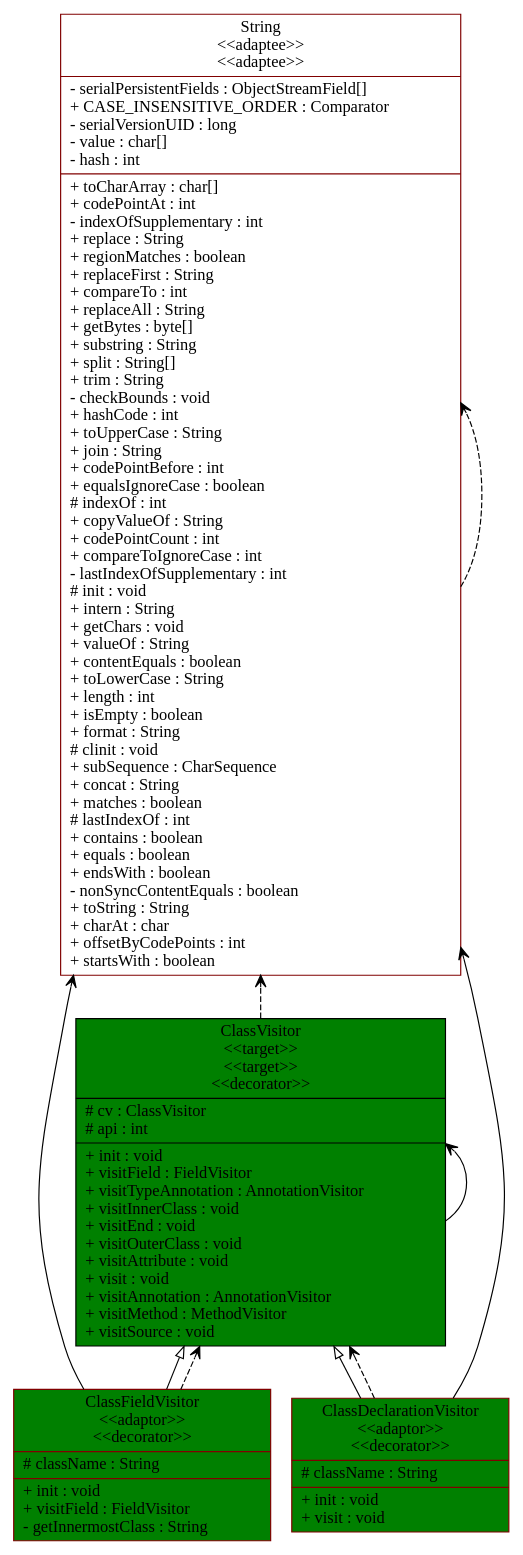
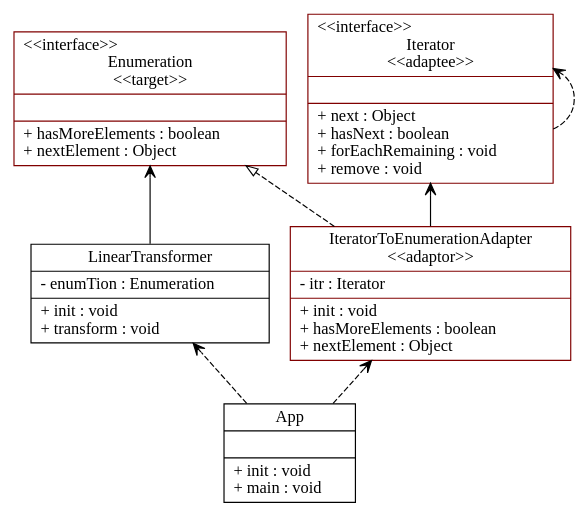
The diagram in graph_text/generated_graph.gv (cbudo/UMLCreator), drawn with Graphviz before and after one commit. The commit also changed 30 other files, not shown here.

```diff
--- a/graph_text/generated_graph.gv
+++ b/graph_text/generated_graph.gv
@@ -1,103 +1,49 @@
 digraph UML_Diagram
 {
 rankdir=BT;
 
-ClassFieldVisitor [
-shape = "record", color="maroon", fillcolor=green, style=filled,
-label = "{ClassFieldVisitor\n\<\<adaptor\>\>\n\<\<decorator\>\>\n|
-# className : String\l
+IteratorToEnumerationAdapter [
+shape = "record", color="maroon", fillcolor=white, style=filled,
+label = "{IteratorToEnumerationAdapter\n\<\<adaptor\>\>\n|
+- itr : Iterator\l
 |+ init : void\l
-+ visitField : FieldVisitor\l
-- getInnermostClass : String\l
++ hasMoreElements : boolean\l
++ nextElement : Object\l
 }"];
-ClassFieldVisitor -> ClassVisitor [arrowhead="onormal", style="solid"];
+IteratorToEnumerationAdapter -> Enumeration [arrowhead="onormal", style="dashed"];
 
-ClassDeclarationVisitor [
-shape = "record", color="maroon", fillcolor=green, style=filled,
-label = "{ClassDeclarationVisitor\n\<\<adaptor\>\>\n\<\<decorator\>\>\n|
-# className : String\l
+App [
+shape = "record", color="black", fillcolor=white, style=filled,
+label = "{App\n|
 |+ init : void\l
-+ visit : void\l
-}"];
-ClassDeclarationVisitor -> ClassVisitor [arrowhead="onormal", style="solid"];
-
-String [
-shape = "record", color="maroon", fillcolor=white, style=filled,
-label = "{String\n\<\<adaptee\>\>\n\<\<adaptee\>\>\n|
-- serialPersistentFields : ObjectStreamField[]\l
-+ CASE_INSENSITIVE_ORDER : Comparator\l
-- serialVersionUID : long\l
-- value : char[]\l
-- hash : int\l
-|+ toCharArray : char[]\l
-+ codePointAt : int\l
-- indexOfSupplementary : int\l
-+ replace : String\l
-+ regionMatches : boolean\l
-+ replaceFirst : String\l
-+ compareTo : int\l
-+ replaceAll : String\l
-+ getBytes : byte[]\l
-+ substring : String\l
-+ split : String[]\l
-+ trim : String\l
-- checkBounds : void\l
-+ hashCode : int\l
-+ toUpperCase : String\l
-+ join : String\l
-+ codePointBefore : int\l
-+ equalsIgnoreCase : boolean\l
-# indexOf : int\l
-+ copyValueOf : String\l
-+ codePointCount : int\l
-+ compareToIgnoreCase : int\l
-- lastIndexOfSupplementary : int\l
-# init : void\l
-+ intern : String\l
-+ getChars : void\l
-+ valueOf : String\l
-+ contentEquals : boolean\l
-+ toLowerCase : String\l
-+ length : int\l
-+ isEmpty : boolean\l
-+ format : String\l
-# clinit : void\l
-+ subSequence : CharSequence\l
-+ concat : String\l
-+ matches : boolean\l
-# lastIndexOf : int\l
-+ contains : boolean\l
-+ equals : boolean\l
-+ endsWith : boolean\l
-- nonSyncContentEquals : boolean\l
-+ toString : String\l
-+ charAt : char\l
-+ offsetByCodePoints : int\l
-+ startsWith : boolean\l
++ main : void\l
 }"];
 
-ClassVisitor [
-shape = "record", color="maroon ", fillcolor=green, style=filled,
-label = "{ClassVisitor\n\<\<target\>\>\n\<\<target\>\>\n\<\<decorator\>\>\n|# cv : ClassVisitor\l
-# api : int\l
+LinearTransformer [
+shape = "record", color="black", fillcolor=white, style=filled,
+label = "{LinearTransformer\n|
+- enumTion : Enumeration\l
 |+ init : void\l
-+ visitField : FieldVisitor\l
-+ visitTypeAnnotation : AnnotationVisitor\l
-+ visitInnerClass : void\l
-+ visitEnd : void\l
-+ visitOuterClass : void\l
-+ visitAttribute : void\l
-+ visit : void\l
-+ visitAnnotation : AnnotationVisitor\l
-+ visitMethod : MethodVisitor\l
-+ visitSource : void\l
++ transform : void\l
 }"];
-ClassDeclarationVisitor -> ClassVisitor [arrowhead="vee", style="dashed"];
-ClassFieldVisitor -> ClassVisitor [arrowhead="vee", style="dashed"];
-ClassVisitor -> String [arrowhead="vee", style="dashed"];
-String -> String [arrowhead="vee", style="dashed"];
-ClassDeclarationVisitor -> String [arrowhead="vee", style="solid"];
-ClassFieldVisitor -> String [arrowhead="vee", style="solid"];
-ClassVisitor -> ClassVisitor [arrowhead="vee", style="solid"];
+
+Iterator [
+shape = "record", color="maroon", fillcolor=white, style=filled,
+label = "{\<\<interface\>\>\lIterator\n\<\<adaptee\>\>\n||+ next : Object\l
++ hasNext : boolean\l
++ forEachRemaining : void\l
++ remove : void\l
+}"];
+
+Enumeration [
+shape = "record", color="maroon", fillcolor=white, style=filled,
+label = "{\<\<interface\>\>\lEnumeration\n\<\<target\>\>\n||+ hasMoreElements : boolean\l
++ nextElement : Object\l
+}"];
+App -> IteratorToEnumerationAdapter [arrowhead="vee", style="dashed"];
+App -> LinearTransformer [arrowhead="vee", style="dashed"];
+Iterator -> Iterator [arrowhead="vee", style="dashed"];
+IteratorToEnumerationAdapter -> Iterator [arrowhead="vee", style="solid"];
+LinearTransformer -> Enumeration [arrowhead="vee", style="solid"];
 
 }
```
